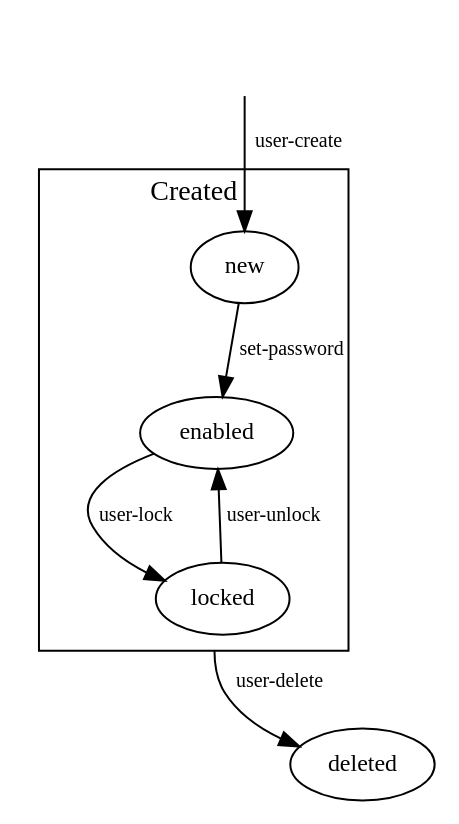
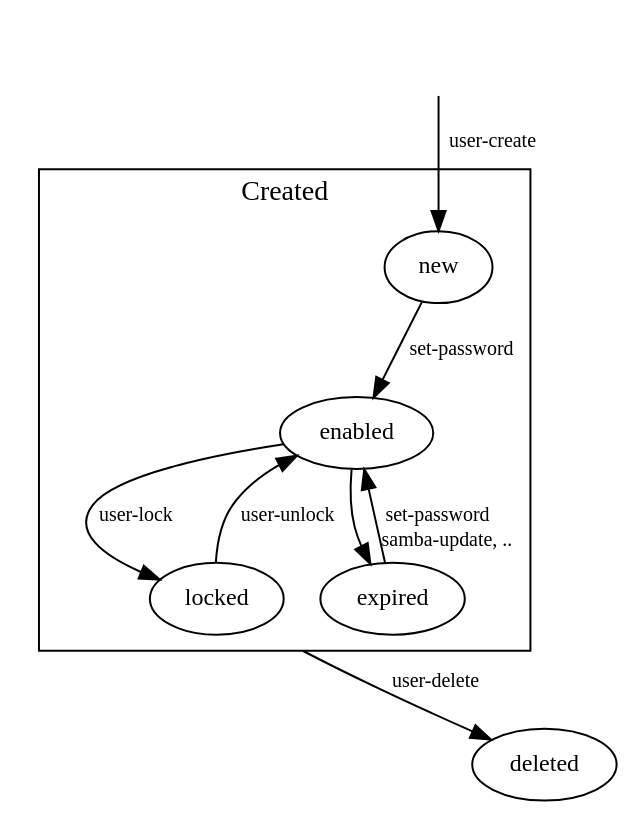
Before and after one commit to nethesis/dev-nethesis-it: the diagram in nethserver/user-account-sm.dot, drawn with Graphviz.

Commit message:
user account state machine diagram: Added "expired" state. Refs #947 - Enabled user with empty password

```diff
--- a/nethserver/user-account-sm.dot
+++ b/nethserver/user-account-sm.dot
@@ -1,26 +1,29 @@
 digraph User {
   compound=true;  fontname = "Cantarell"; fontnames="svg"; fontsize=14;
 
   node [fontname="Cantarell",fontsize=12];
   edge [fontname="Cantarell",fontsize=10];
 
 
   deleted [label="deleted"];
 
   start [style=invis];
 
   start -> new [label="user-create"];
 
   subgraph cluster0 {
     label="Created"
 
     new -> enabled [label="set-password"];
     enabled -> locked [label="user-lock"];
+    enabled -> expired [headlabel="samba-update, ..",labeldistance=4,labelangle=-100];
+    expired -> enabled [label="set-password"];
     locked -> enabled [label="user-unlock"];
   }
 
     new -> deleted [style=invis];
     enabled -> deleted [style=invis];
     locked -> deleted [ltail=cluster0,label="user-delete"];
 
+
 }
```
